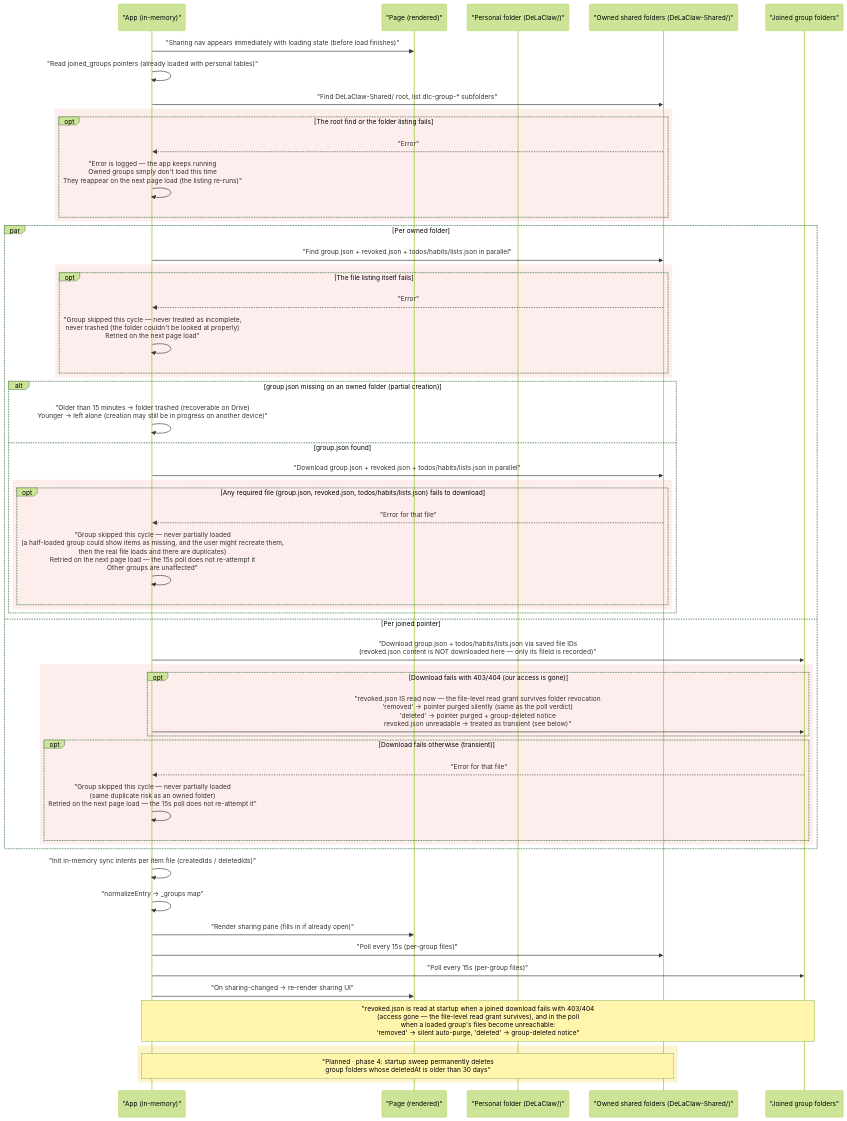
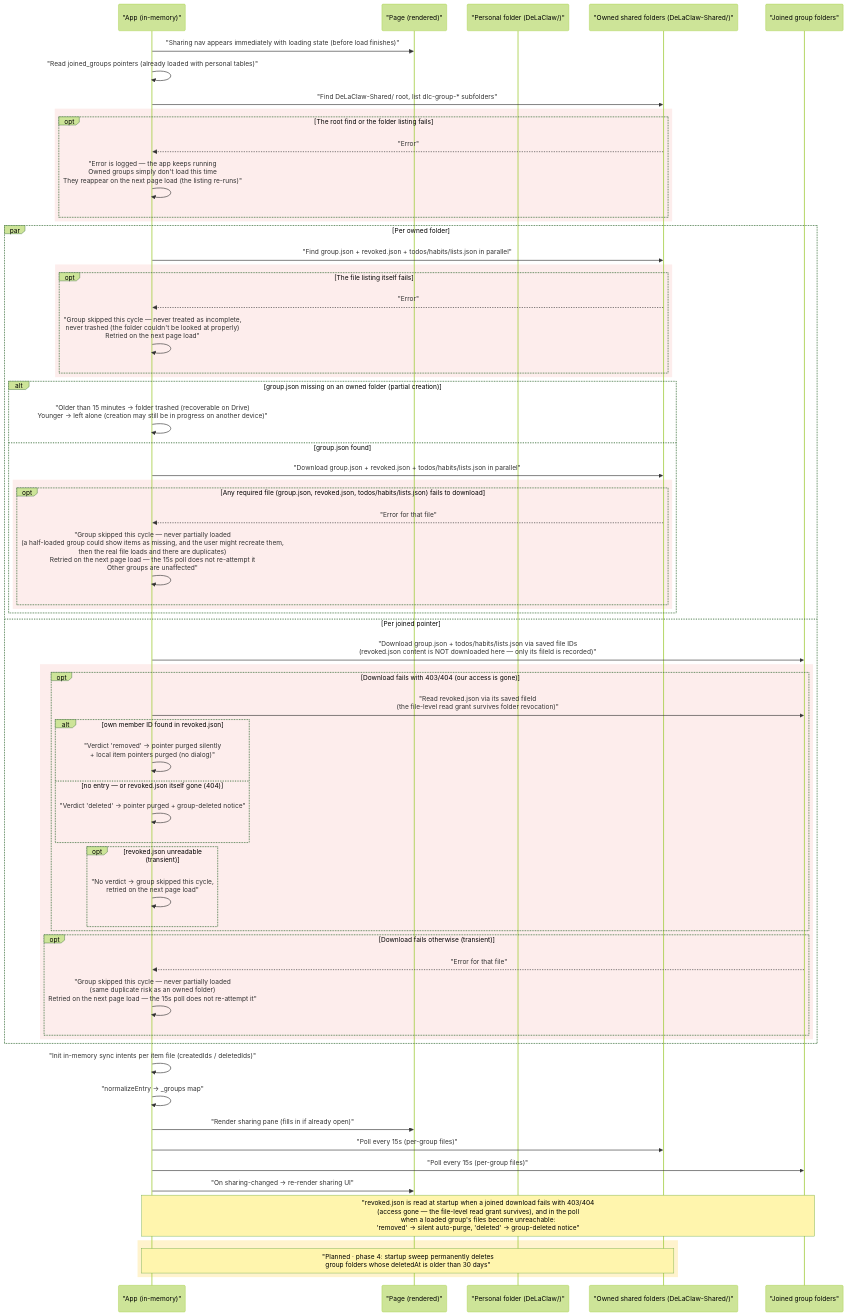
One commit to AntGro/DeLaClaw changed the fourth of 8 diagrams in docs-site/sync-architecture.md. Above: the diagram before and after it, drawn with Mermaid (forest theme). The commit also changed 6 other files, not shown here.

````diff
--- a/docs-site/sync-architecture.md
+++ b/docs-site/sync-architecture.md
@@ -230,64 +230,72 @@
 ```mermaid
 sequenceDiagram
     participant App as "App (in-memory)"
     participant Page as "Page (rendered)"
     participant PF as "Personal folder (DeLaClaw/)"
     participant OWN as "Owned shared folders (DeLaClaw-Shared/)"
     participant JOIN as "Joined group folders"
 
     App->>Page: "Sharing nav appears immediately with loading state (before load finishes)"
     App->>App: "Read joined_groups pointers (already loaded with personal tables)"
     App->>OWN: "Find DeLaClaw-Shared/ root, list dlc-group-* subfolders"
 
     rect rgb(253, 237, 236)
     opt The root find or the folder listing fails
         OWN-->>App: "Error"
         App->>App: "Error is logged — the app keeps running<br/>Owned groups simply don't load this time<br/>They reappear on the next page load (the listing re-runs)"
     end
     end
 
     par Per owned folder
         App->>OWN: "Find group.json + revoked.json + todos/habits/lists.json in parallel"
         rect rgb(253, 237, 236)
         opt The file listing itself fails
             OWN-->>App: "Error"
             App->>App: "Group skipped this cycle — never treated as incomplete,<br/>never trashed (the folder couldn't be looked at properly)<br/>Retried on the next page load"
         end
         end
         alt group.json missing on an owned folder (partial creation)
             App->>App: "Older than 15 minutes → folder trashed (recoverable on Drive)<br/>Younger → left alone (creation may still be in progress on another device)"
         else group.json found
             App->>OWN: "Download group.json + revoked.json + todos/habits/lists.json in parallel"
             rect rgb(253, 237, 236)
             opt Any required file (group.json, revoked.json, todos/habits/lists.json) fails to download
                 OWN-->>App: "Error for that file"
                 App->>App: "Group skipped this cycle — never partially loaded<br/>(a half-loaded group could show items as missing, and the user might recreate them,<br/>then the real file loads and there are duplicates)<br/>Retried on the next page load — the 15s poll does not re-attempt it<br/>Other groups are unaffected"
             end
             end
         end
     and Per joined pointer
         App->>JOIN: "Download group.json + todos/habits/lists.json via saved file IDs<br/>(revoked.json content is NOT downloaded here — only its fileId is recorded)"
         rect rgb(253, 237, 236)
         opt Download fails with 403/404 (our access is gone)
-            App->>JOIN: "revoked.json IS read now — the file-level read grant survives folder revocation<br/>'removed' → pointer purged silently (same as the poll verdict)<br/>'deleted' → pointer purged + group-deleted notice<br/>revoked.json unreadable → treated as transient (see below)"
+            App->>JOIN: "Read revoked.json via its saved fileId<br/>(the file-level read grant survives folder revocation)"
+            alt own member ID found in revoked.json
+                App->>App: "Verdict 'removed' → pointer purged silently<br/>+ local item pointers purged (no dialog)"
+            else no entry — or revoked.json itself gone (404)
+                App->>App: "Verdict 'deleted' → pointer purged + group-deleted notice"
+            end
+            opt revoked.json unreadable (transient)
+                App->>App: "No verdict → group skipped this cycle,<br/>retried on the next page load"
+            end
         end
         opt Download fails otherwise (transient)
             JOIN-->>App: "Error for that file"
             App->>App: "Group skipped this cycle — never partially loaded<br/>(same duplicate risk as an owned folder)<br/>Retried on the next page load — the 15s poll does not re-attempt it"
         end
         end
     end
 
     App->>App: "Init in-memory sync intents per item file (createdIds / deletedIds)"
     App->>App: "normalizeEntry → _groups map"
     App->>Page: "Render sharing pane (fills in if already open)"
     App->>OWN: "Poll every 15s (per-group files)"
     App->>JOIN: "Poll every 15s (per-group files)"
     App->>Page: "On sharing-changed → re-render sharing UI"
 
     Note over App,JOIN: "revoked.json is read at startup when a joined download fails with 403/404<br/>(access gone — the file-level read grant survives), and in the poll<br/>when a loaded group's files become unreachable:<br/>'removed' → silent auto-purge, 'deleted' → group-deleted notice"
 
     rect rgb(255, 243, 205)
     Note over App,OWN: "Planned · phase 4: startup sweep permanently deletes<br/>group folders whose deletedAt is older than 30 days"
     end
 ```
````
